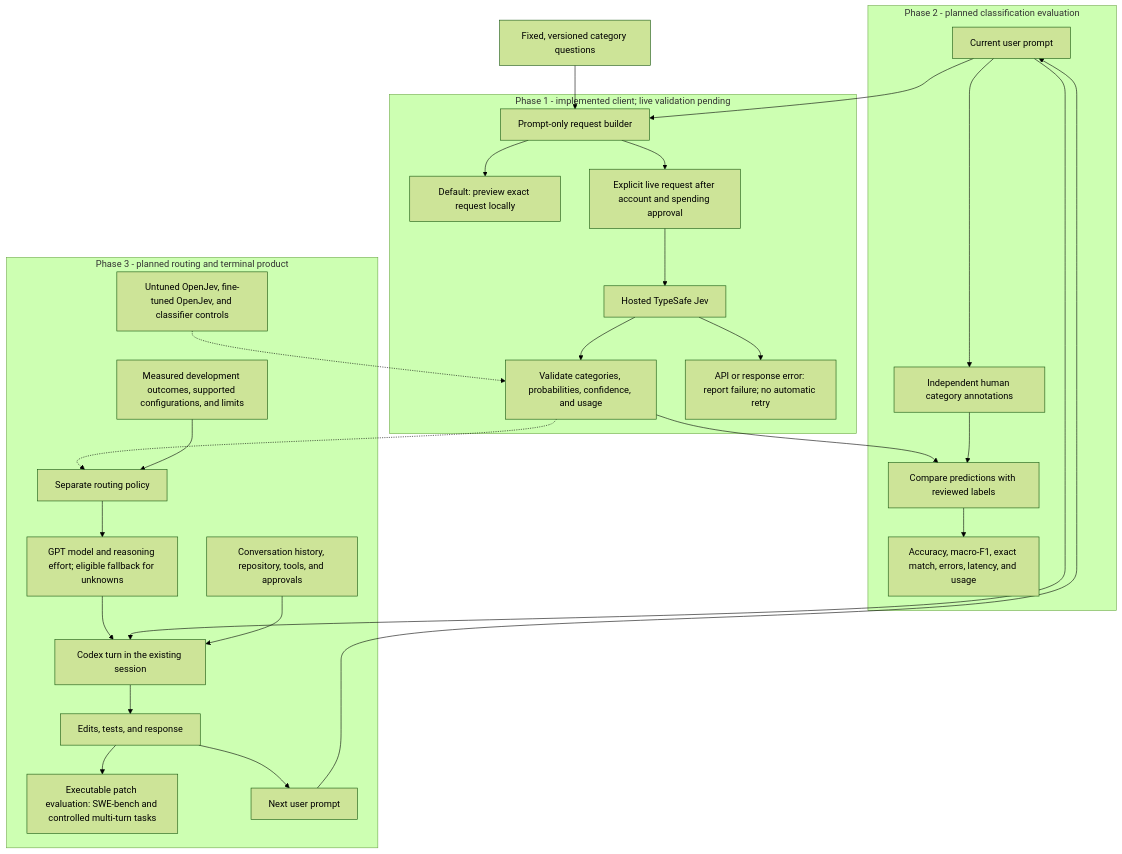
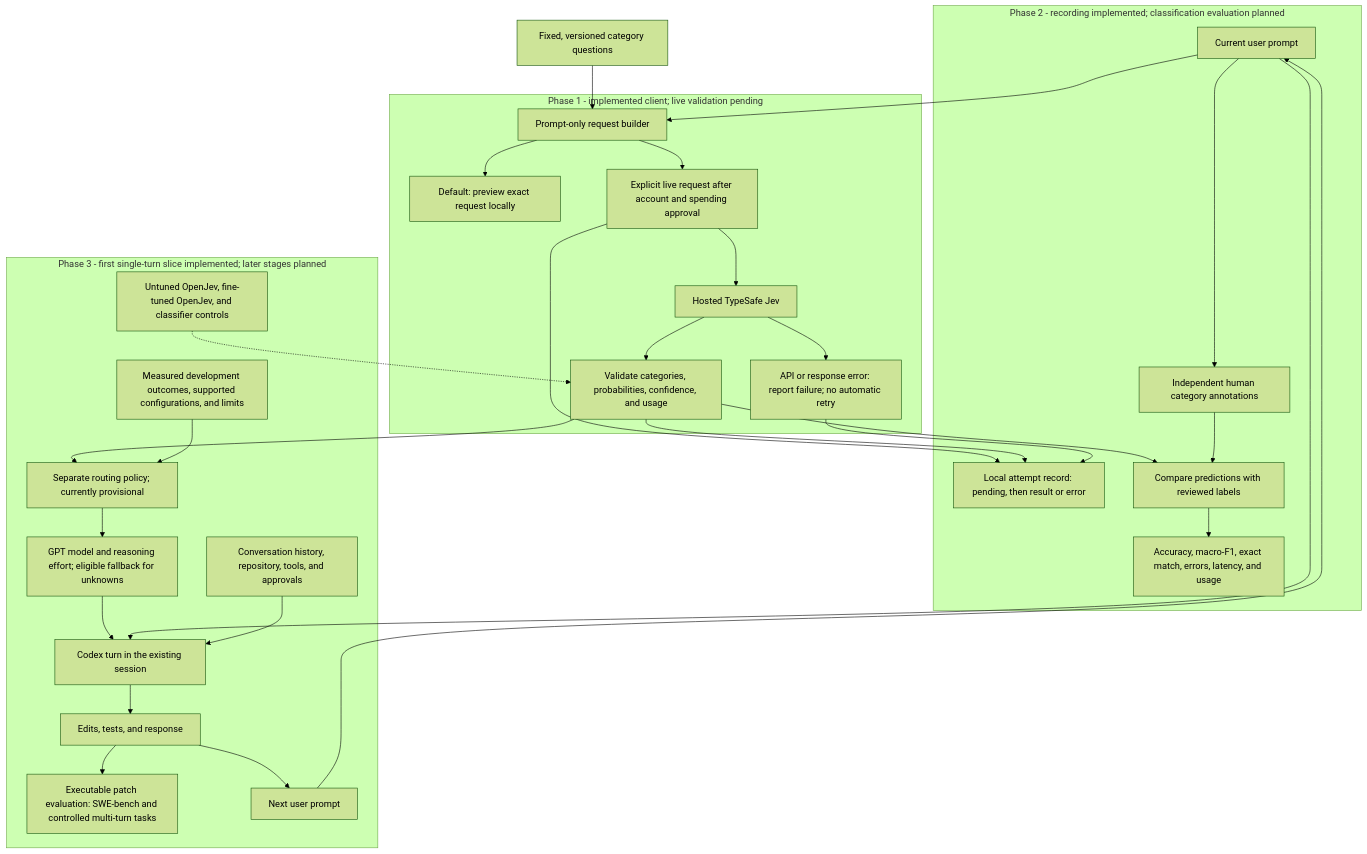
Before and after one commit to AadiBiyani/Adaptive_Coding_Agents: the diagram in README.md, drawn with Mermaid (forest theme). The commit also changed other lines of this file and 15 other files, not shown here.

Commit message:
PHASE 1 COMPLETE: connects existing Jev classifier to a seperate routing policy and official codex SDK json formatting. Includes model effort, validation, interactive approval, and streamed output.

````diff
--- a/README.md
+++ b/README.md
@@ -19,34 +58,37 @@
 ```mermaid
 flowchart TD
     P["Current user prompt"] --> B["Prompt-only request builder"]
     Q["Fixed, versioned category questions"] --> B
 
     subgraph P1["Phase 1 - implemented client; live validation pending"]
         B --> V["Default: preview exact request locally"]
         B --> G["Explicit live request after account and spending approval"]
         G --> J["Hosted TypeSafe Jev"]
         J --> C["Validate categories, probabilities, confidence, and usage"]
         J --> E["API or response error: report failure; no automatic retry"]
     end
 
-    subgraph P2["Phase 2 - planned classification evaluation"]
+    subgraph P2["Phase 2 - recording implemented; classification evaluation planned"]
+        G --> LOG["Local attempt record: pending, then result or error"]
+        C --> LOG
+        E --> LOG
         P --> H["Independent human category annotations"]
         C --> A["Compare predictions with reviewed labels"]
         H --> A
         A --> M["Accuracy, macro-F1, exact match, errors, latency, and usage"]
     end
 
-    subgraph P3["Phase 3 - planned routing and terminal product"]
+    subgraph P3["Phase 3 - first single-turn slice implemented; later stages planned"]
         ALT["Untuned OpenJev, fine-tuned OpenJev, and classifier controls"] -.-> C
-        C -.-> R["Separate routing policy"]
+        C --> R["Separate routing policy; currently provisional"]
         O["Measured development outcomes, supported configurations, and limits"] --> R
         R --> S["GPT model and reasoning effort; eligible fallback for unknowns"]
         S --> X["Codex turn in the existing session"]
         P --> X
         K["Conversation history, repository, tools, and approvals"] --> X
         X --> T["Edits, tests, and response"]
         T --> EV["Executable patch evaluation: SWE-bench and controlled multi-turn tasks"]
         T --> N["Next user prompt"]
         N --> P
     end
 ```
````
